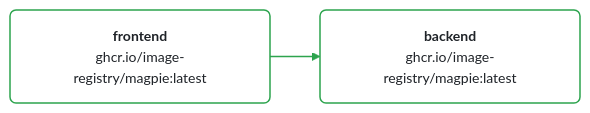
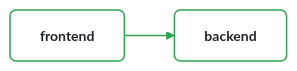
The diagram in README.md (nithyatsu/prototype-enhanced), drawn with Mermaid before and after one commit. The commit also changed other lines of this file and 1 other file, not shown here.

Commit message:
docs: update architecture diagram [automated]

````diff
--- a/README.md
+++ b/README.md
@@ -30,13 +31,13 @@
 ```mermaid
 %%{ init: { 'theme': 'base', 'themeVariables': { 'primaryColor': '#ffffff', 'primaryTextColor': '#1f2328', 'primaryBorderColor': '#d1d9e0', 'lineColor': '#2da44e', 'secondaryColor': '#f6f8fa', 'tertiaryColor': '#ffffff', 'background': '#ffffff', 'mainBkg': '#ffffff', 'nodeBorder': '#d1d9e0', 'clusterBkg': '#f6f8fa', 'clusterBorder': '#d1d9e0', 'fontSize': '14px', 'fontFamily': '-apple-system, BlinkMacSystemFont, Segoe UI, Noto Sans, Helvetica, Arial, sans-serif' } } }%%
 graph LR
     classDef container fill:#ffffff,stroke:#2da44e,stroke-width:1.5px,color:#1f2328,rx:6,ry:6
     classDef datastore fill:#ffffff,stroke:#d4a72c,stroke-width:1.5px,color:#1f2328,rx:6,ry:6
     classDef other fill:#ffffff,stroke:#d1d9e0,stroke-width:1.5px,color:#1f2328,rx:6,ry:6
-    backend["<b>backend</b><br/><span style="color:#656d76">ghcr.io/image-registry/magpie:latest</span>"]:::container
-    frontend["<b>frontend</b><br/><span style="color:#656d76">ghcr.io/image-registry/magpie:latest</span>"]:::container
+    backend["<b>backend</b>"]:::container
+    frontend["<b>frontend</b>"]:::container
     frontend --> backend
     click backend href "https://github.com/nithyatsu/prototype-enhanced/blob/main/app.bicep#L50" "app.bicep:50" _blank
     click frontend href "https://github.com/nithyatsu/prototype-enhanced/blob/main/app.bicep#L23" "app.bicep:23" _blank
     linkStyle 0 stroke:#2da44e,stroke-width:1.5px
 ```
````
